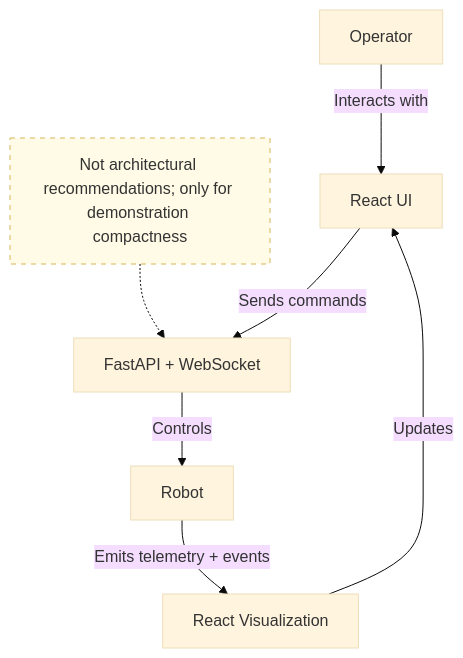
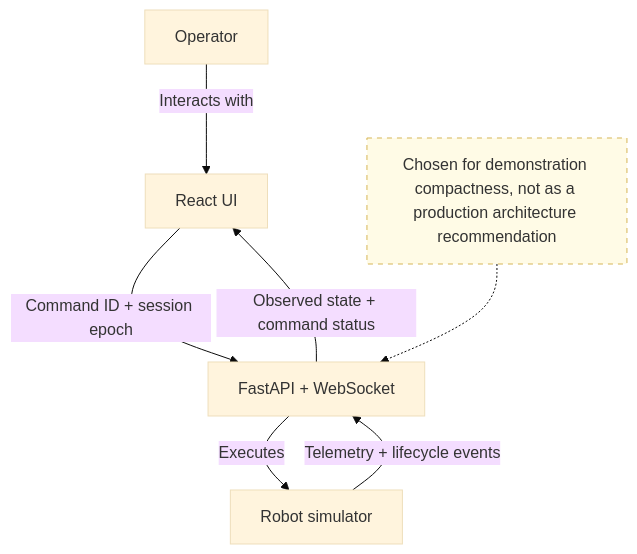
Before and after one commit to milaforge/robot-state-visibility: the second of 2 diagrams in README.md, drawn with Mermaid (base theme). The commit also changed other lines of this file and 5 other files, not shown here.

````diff
--- a/README.md
+++ b/README.md
@@ -61,19 +157,14 @@
 ```mermaid
+flowchart TD
+    A[Operator] -->|Interacts with| B[React UI]
+    B -->|Command ID + session epoch| C[FastAPI + WebSocket]
+    C -->|Executes| D[Robot simulator]
+    D -->|Telemetry + lifecycle events| C
+    C -->|Observed state + command status| B
 
-flowchart TD
-
-    A[Operator] -->|Interacts with| B[React UI]
-
-    N["Not architectural recommendations; only for demonstration compactness"]
-
+    N["Chosen for demonstration compactness, not as a production architecture recommendation"]
     N -.-> C
 
-    classDef note fill:#fffbe6,stroke:#d6b656,color:#333,stroke-dasharray: 5 5;
+    classDef note fill:#fffbe6,stroke:#d6b656,color:#333,stroke-dasharray:5 5;
     class N note;
-
-    B -->|Sends commands| C[FastAPI + WebSocket]
-    C -->|Controls| D[Robot]
-    D -->|Emits telemetry + events| E[React Visualization]
-    E -->|Updates| B
-
 ```
````
